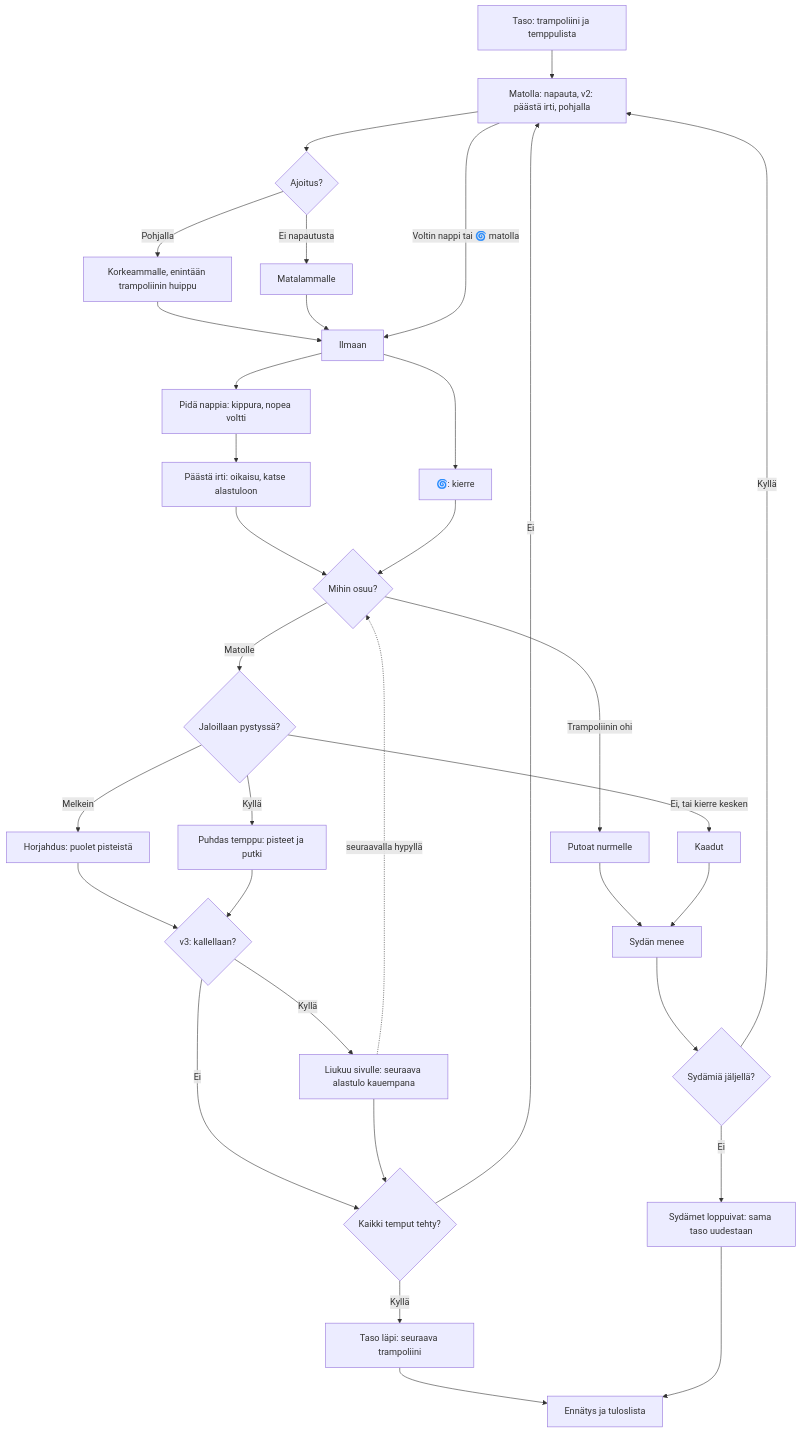
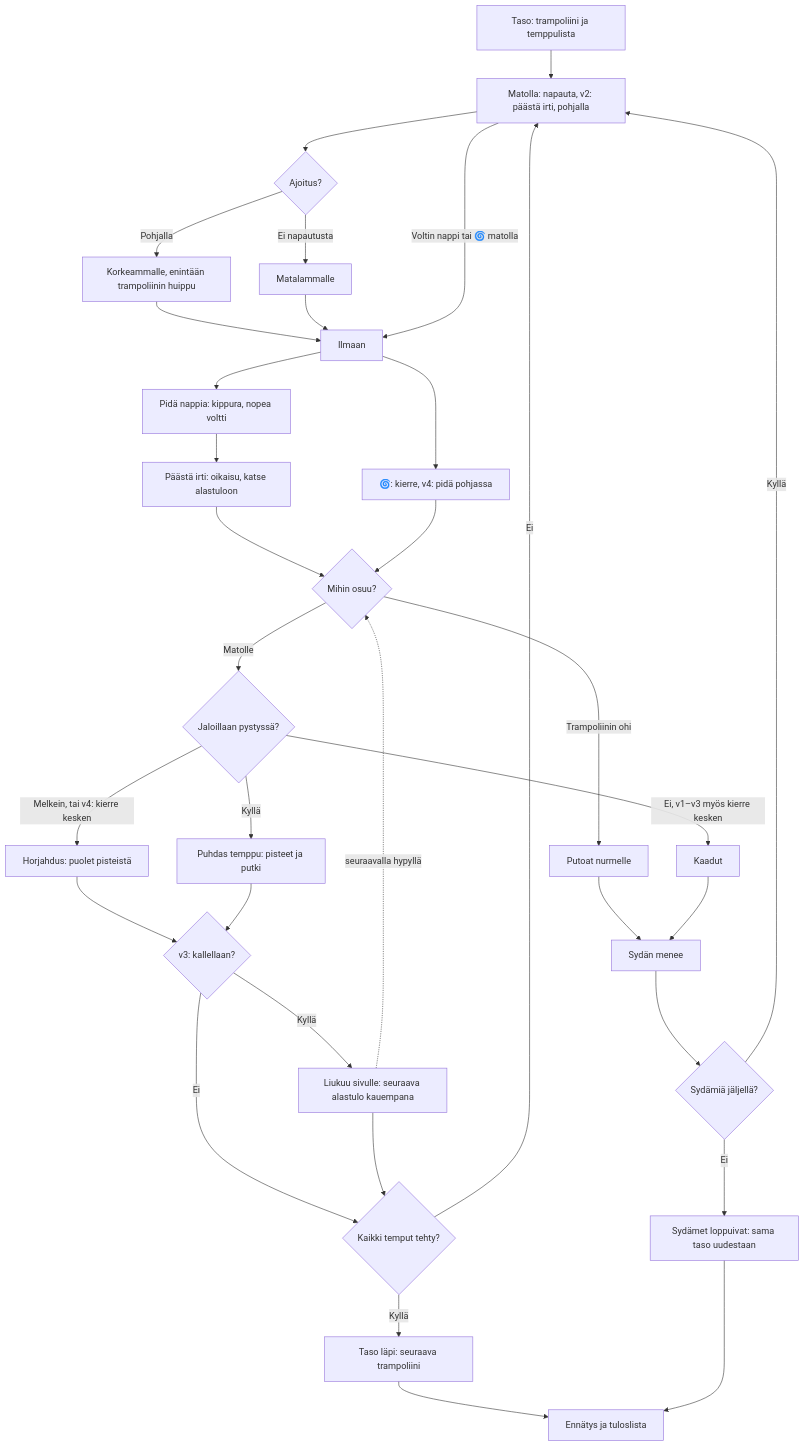
One commit to eerovil/ai-pelit changed the diagram in docs/diagrams/trampoliini.md. Above: the diagram before and after it, drawn with Mermaid. The commit also changed other lines of this file and 3 other files, not shown here.

````diff
--- a/docs/diagrams/trampoliini.md
+++ b/docs/diagrams/trampoliini.md
@@ -9,41 +9,41 @@
 ```mermaid
 flowchart TD
   A[Taso: trampoliini ja temppulista] --> B[Matolla: napauta, v2: päästä irti, pohjalla]
   B --> C{Ajoitus?}
   C -- Pohjalla --> D[Korkeammalle, enintään trampoliinin huippu]
   C -- Ei napautusta --> E[Matalammalle]
   D --> F[Ilmaan]
   E --> F
   B -- Voltin nappi tai 🌀 matolla --> F
   F --> G[Pidä nappia: kippura, nopea voltti]
   G --> H[Päästä irti: oikaisu, katse alastuloon]
-  F --> I[🌀: kierre]
+  F --> I[🌀: kierre, v4: pidä pohjassa]
   H --> J{Mihin osuu?}
   I --> J
   J -- Trampoliinin ohi --> K[Putoat nurmelle]
   J -- Matolle --> L{Jaloillaan pystyssä?}
-  L -- Melkein --> M[Horjahdus: puolet pisteistä]
+  L -- Melkein, tai v4: kierre kesken --> M[Horjahdus: puolet pisteistä]
   L -- Kyllä --> N[Puhdas temppu: pisteet ja putki]
-  L -- Ei, tai kierre kesken --> O[Kaadut]
+  L -- Ei, v1–v3 myös kierre kesken --> O[Kaadut]
   K --> P[Sydän menee]
   O --> P
   P --> Q{Sydämiä jäljellä?}
   Q -- Kyllä --> B
   Q -- Ei --> R[Sydämet loppuivat: sama taso uudestaan]
   M --> V{v3: kallellaan?}
   N --> V
   V -- Kyllä --> W[Liukuu sivulle: seuraava alastulo kauempana]
   W -. seuraavalla hypyllä .-> J
   V -- Ei --> S{Kaikki temput tehty?}
   W --> S
   S -- Ei --> B
   S -- Kyllä --> T[Taso läpi: seuraava trampoliini]
   T --> U[Ennätys ja tuloslista]
   R --> U
   class B,G,H,I blue
   class C,J,L,Q,S,V amber
   class D,E,F,W teal
   class A violet
   class M,N,T,U green
   class K,O,P,R rose
 ```
````
